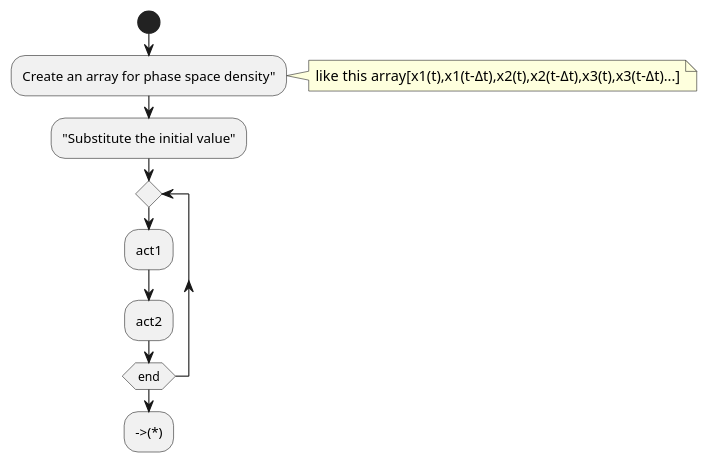
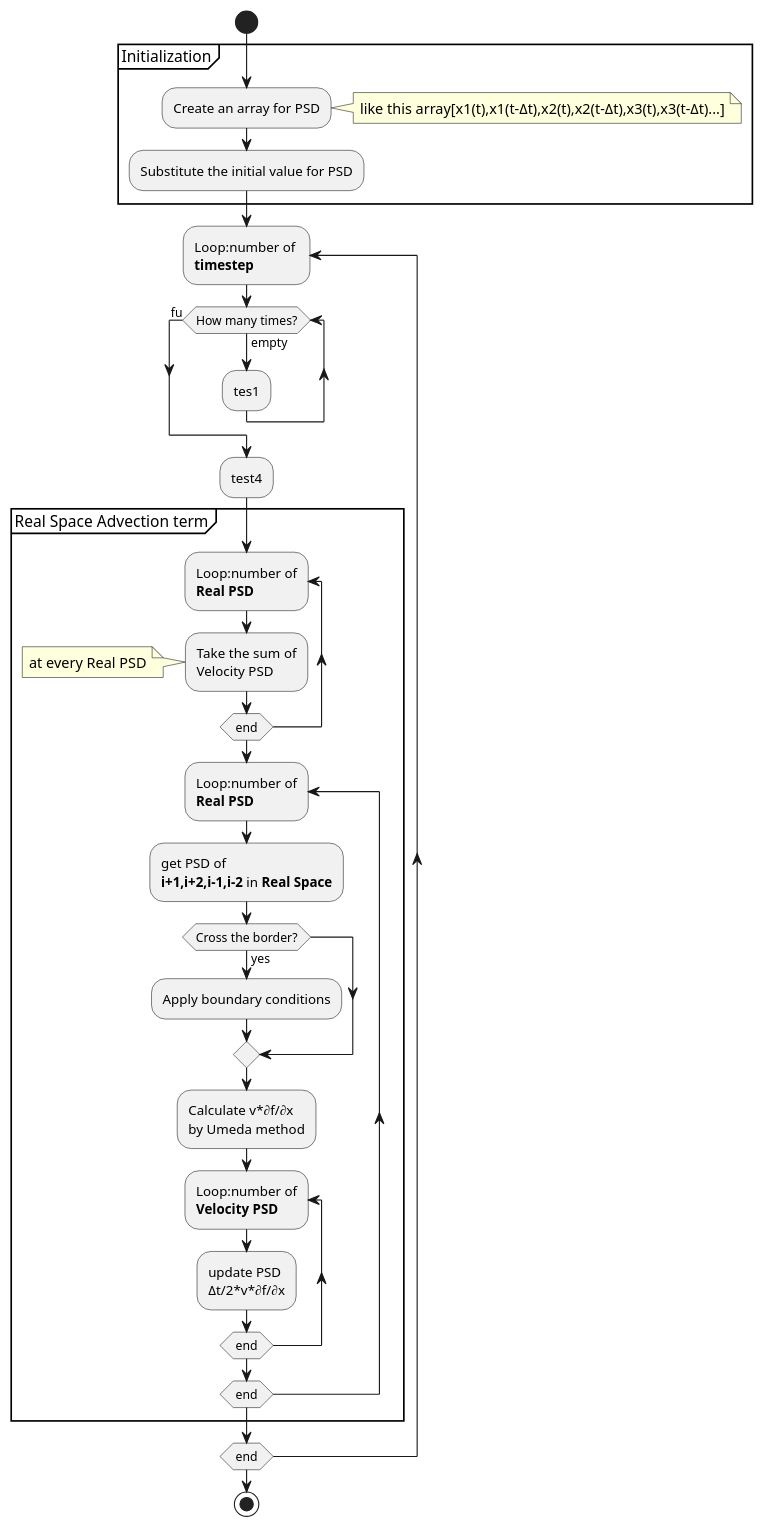
Before and after one commit to Butadiene/HEEModByPuls: the diagram in designCode/activity_diagram_outline.wsd, drawn with PlantUML.

Commit message:
hito mazu no sintyoku

```diff
--- a/designCode/activity_diagram_outline.wsd
+++ b/designCode/activity_diagram_outline.wsd
@@ -1,17 +1,45 @@
 @startuml activity_diagram
 start 
-:Create an array for phase space density";
-note right:like this array[x1(t),x1(t-Δt),x2(t),x2(t-Δt),x3(t),x3(t-Δt)...]
+partition Initialization {
+    :Create an array for PSD;
+    note right:like this array[x1(t),x1(t-Δt),x2(t),x2(t-Δt),x3(t),x3(t-Δt)...]
 
-:"Substitute the initial value";
+    :Substitute the initial value for PSD;
+}
 
+repeat:Loop:number of \n**timestep**;
+    while(How many times?) is (empty)
+        :tes1;
+     
+        end while(fu)
+        :test4;
+    partition "Real Space Advection term" {
+        repeat:Loop:number of\n**Real PSD**;
+            :Take the sum of
+            Velocity PSD;
+            note:at every Real PSD
+        repeat while(end)
 
-repeat
-    :act1;
-    :act2;
+        repeat:Loop:number of\n**Real PSD**;
+            :get PSD of 
+            **i+1,i+2,i-1,i-2** in **Real Space**;
+            
+            if(Cross the border?) then(yes)
+            :Apply boundary conditions;
+            endif
+
+            :Calculate v*∂f/∂x 
+            by Umeda method;
+            repeat:Loop:number of\n**Velocity PSD**
+                :update PSD 
+                Δt/2*v*∂f/∂x;
+            repeat while(end)
+
+        repeat while(end)
+    }
 repeat while (end)
 
 
--->(*)
+stop
 
 @end uml
```
